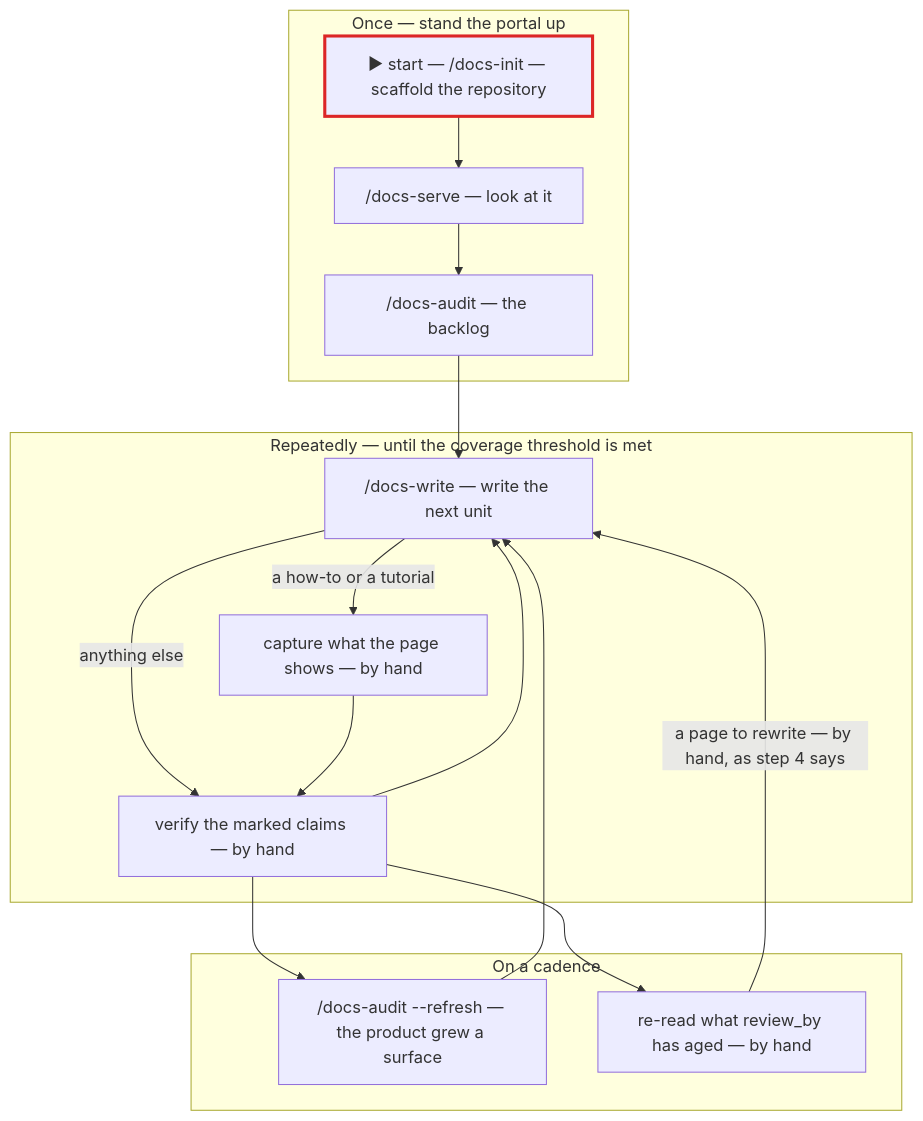
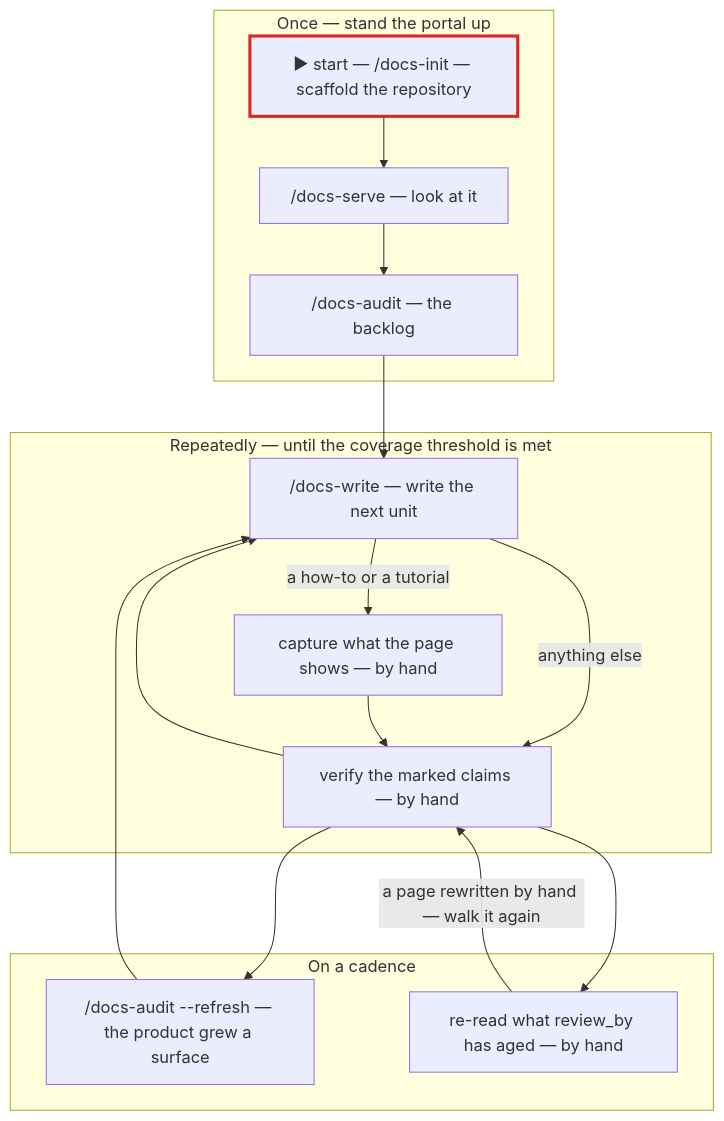
Before and after one commit to ihudak/ai-workflows: the diagram in plugins/docs-workflows/docs/docs-workflow.md, drawn with Mermaid. The commit also changed other lines of this file and 4 other files, not shown here.

First line of the commit message:
fix(doc-d-g1): Task 6 review I1, M1–M6 — the page-level marker's place, step 8's rewrite in place, the profile's commit asked on every page

````diff
--- a/plugins/docs-workflows/docs/docs-workflow.md
+++ b/plugins/docs-workflows/docs/docs-workflow.md
@@ -9,31 +9,31 @@
 ```mermaid
 flowchart TD
     subgraph ONCE["Once — stand the portal up"]
         INIT["▶ start — /docs-init — scaffold the repository"]
         SERVE["/docs-serve — look at it"]
         AUDIT["/docs-audit — the backlog"]
         INIT --> SERVE
         SERVE --> AUDIT
     end
     subgraph LOOP["Repeatedly — until the coverage threshold is met"]
         WRITE["/docs-write — write the next unit"]
         CAPTURE["capture what the page shows — by hand"]
         VERIFY["verify the marked claims — by hand"]
         WRITE -->|"a how-to or a tutorial"| CAPTURE
         WRITE -->|"anything else"| VERIFY
         CAPTURE --> VERIFY
         VERIFY --> WRITE
     end
     subgraph CADENCE["On a cadence"]
         REFRESH["/docs-audit --refresh — the product grew a surface"]
         ROT["re-read what review_by has aged — by hand"]
     end
     AUDIT --> WRITE
     VERIFY --> REFRESH
     VERIFY --> ROT
     REFRESH --> WRITE
-    ROT -->|"a page to rewrite — by hand, as step 4 says"| WRITE
+    ROT -->|"a page rewritten by hand — walk it again"| VERIFY
 
     classDef entry stroke:#dc2626,stroke-width:3px
     class INIT entry
 ```
````
